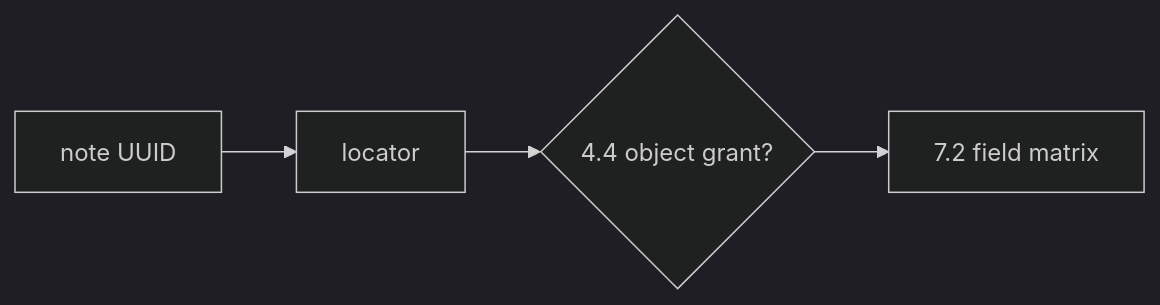
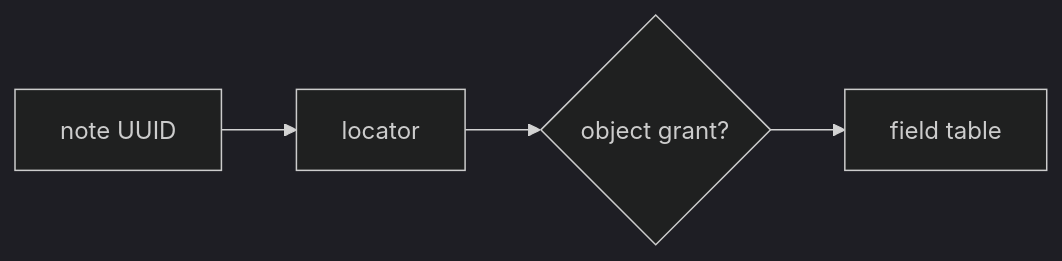
Before and after one commit to ishitvagoel/LearnSecurity: the second of 2 diagrams in content/modules/7/7.2/lessons/02-model.md, drawn with Mermaid (dark theme). The commit also changed other lines of this file and 31 other files, not shown here.

````diff
--- a/content/modules/7/7.2/lessons/02-model.md
+++ b/content/modules/7/7.2/lessons/02-model.md
@@ -25,6 +24,6 @@
 ```mermaid
 flowchart LR
   Id["note UUID"] --> Locate[locator]
-  Locate --> Grant{"4.4 object grant?"}
-  Grant --> Fields["7.2 field matrix"]
+  Locate --> Grant{"object grant?"}
+  Grant --> Fields["field table"]
 ```
````
